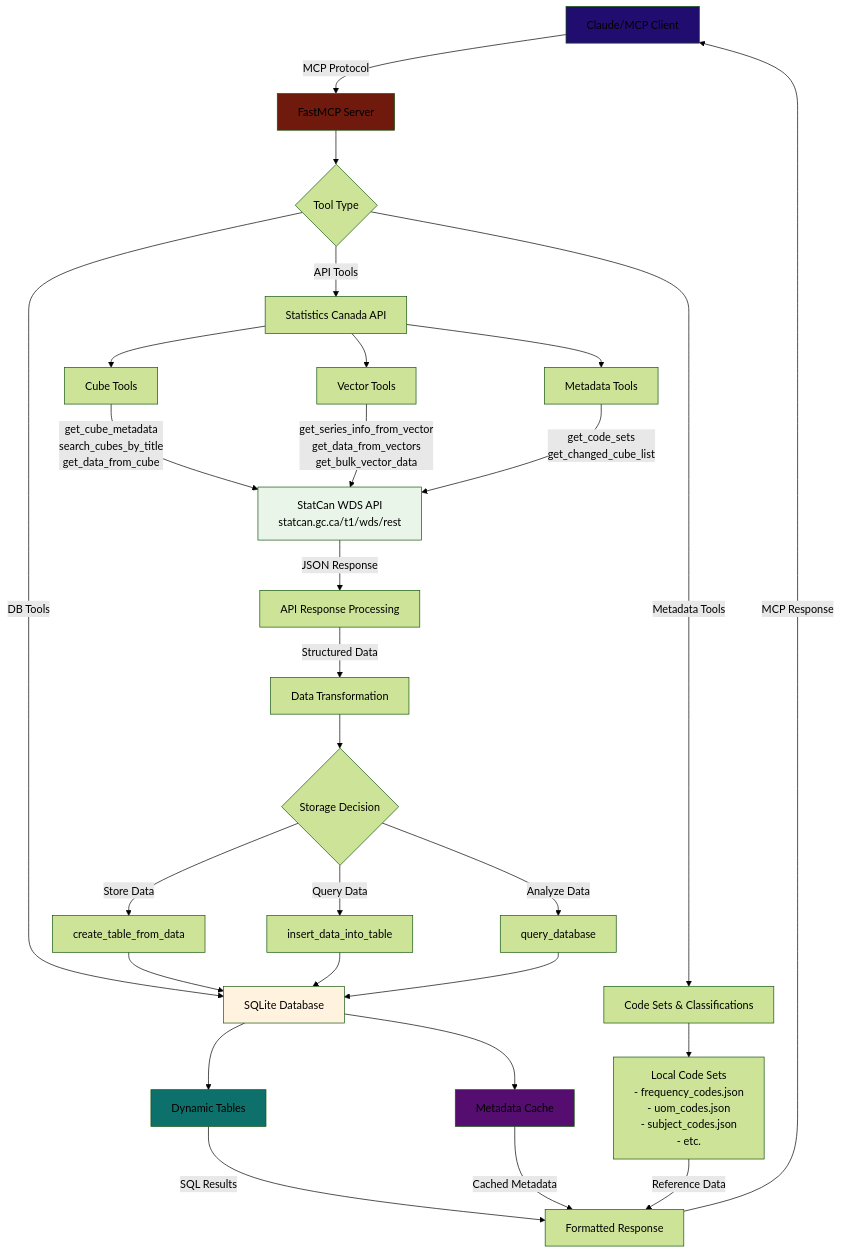
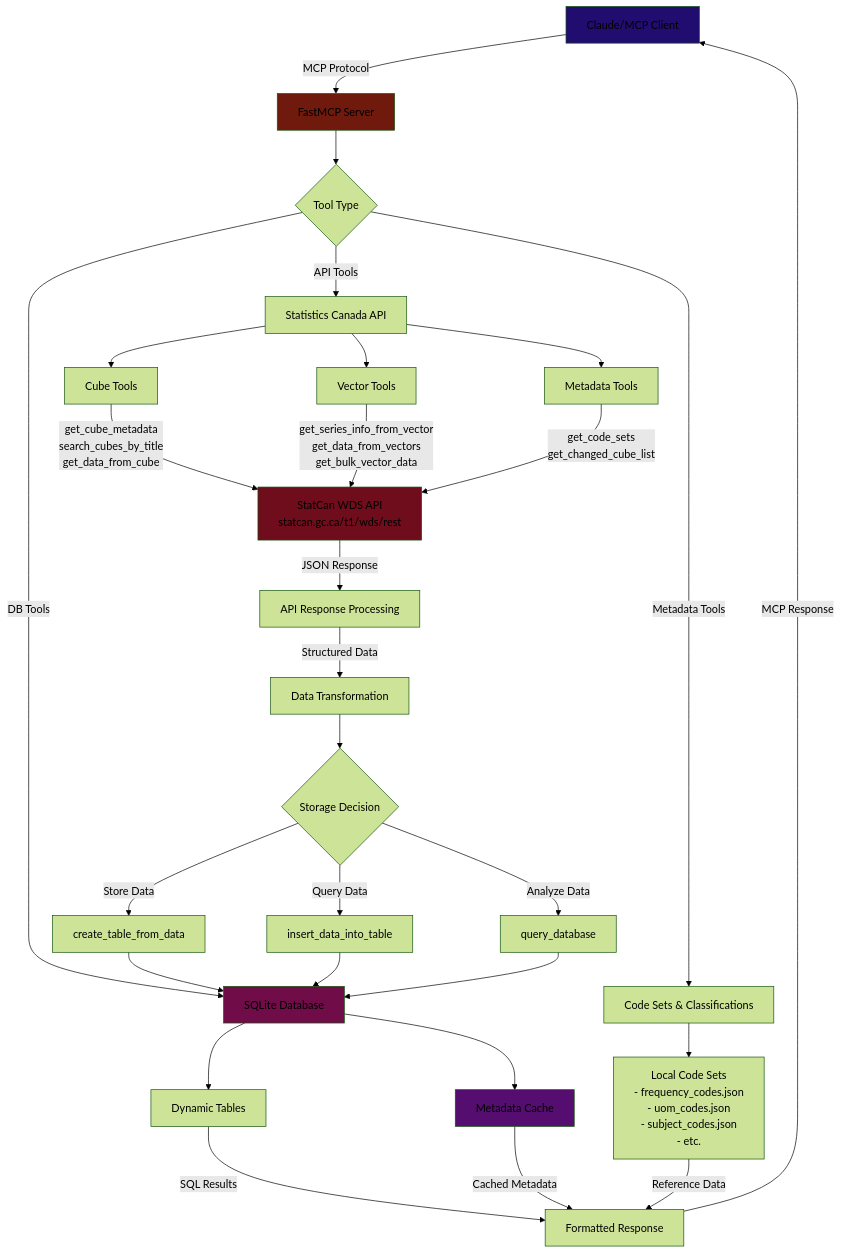
Before and after one commit to Aryan-Jhaveri/mcp-statcan: the diagram in IMPLEMENTATIONS.md, drawn with Mermaid (forest theme).

````diff
--- a/IMPLEMENTATIONS.md
+++ b/IMPLEMENTATIONS.md
@@ -19,47 +19,47 @@
 ```mermaid
 flowchart TD
     A[Claude/MCP Client] -->|MCP Protocol| B[FastMCP Server]
     
     B --> C{Tool Type}
     C -->|API Tools| D[Statistics Canada API]
     C -->|DB Tools| E[SQLite Database]
     C -->|Metadata Tools| F[Code Sets & Classifications]
     
     D --> G[Cube Tools]
     D --> H[Vector Tools]
     D --> I[Metadata Tools]
     
     G -->|get_cube_metadata<br/>search_cubes_by_title<br/>get_data_from_cube| J[StatCan WDS API<br/>statcan.gc.ca/t1/wds/rest]
     H -->|get_series_info_from_vector<br/>get_data_from_vectors<br/>get_bulk_vector_data| J
     I -->|get_code_sets<br/>get_changed_cube_list| J
     
     J -->|JSON Response| K[API Response Processing]
     K -->|Structured Data| L[Data Transformation]
     
     L --> M{Storage Decision}
     M -->|Store Data| N[create_table_from_data]
     M -->|Query Data| O[insert_data_into_table]
     M -->|Analyze Data| P[query_database]
     
     N --> E
     O --> E
     P --> E
     
     E --> Q[Dynamic Tables]
     E --> R[Metadata Cache]
     
     Q -->|SQL Results| S[Formatted Response]
     R -->|Cached Metadata| S
     
     S -->|MCP Response| A
     
     F --> T[Local Code Sets<br/>- frequency_codes.json<br/>- uom_codes.json<br/>- subject_codes.json<br/>- etc.]
     T -->|Reference Data| S
     
     style A fill:#210d70
     style B fill:#70190d
-    style E fill:#fff3e0
-    style J fill:#e8f5e8
-    style Q fill:#0d706b
+    style E fill:#700d49
+    style J fill:#700d1c
+    style Q fill:#0d706b`
     style R fill:#560d70
 ```
````
